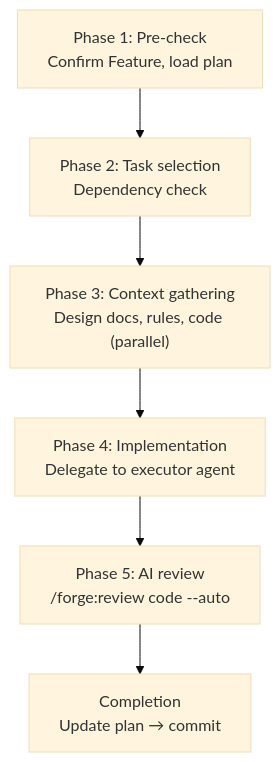
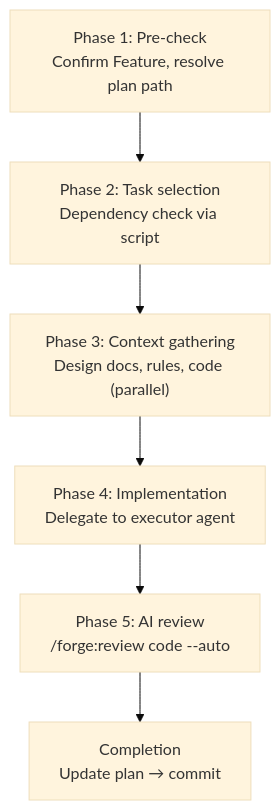
The diagram in docs/readme/forge/guide_implement.md (BlueEventHorizon/bw-cc-plugins), drawn with Mermaid (base theme) before and after one commit. The commit also changed other lines of this file and 38 other files, not shown here.

````diff
--- a/docs/readme/forge/guide_implement.md
+++ b/docs/readme/forge/guide_implement.md
@@ -31,14 +31,14 @@
 ```mermaid
 flowchart TD
-    P1["Phase 1: Pre-check<br/>Confirm Feature, load plan"] --> P2
+    P1["Phase 1: Pre-check<br/>Confirm Feature, resolve plan path"] --> P2
 
-    P2["Phase 2: Task selection<br/>Dependency check"] --> P3
+    P2["Phase 2: Task selection<br/>Dependency check via script"] --> P3
 
     P3["Phase 3: Context gathering<br/>Design docs, rules, code (parallel)"] --> P4
 
     P4["Phase 4: Implementation<br/>Delegate to executor agent"] --> P5
 
     P5["Phase 5: AI review<br/>/forge:review code --auto"] --> DONE
 
     DONE["Completion<br/>Update plan → commit"]
 ```
````
